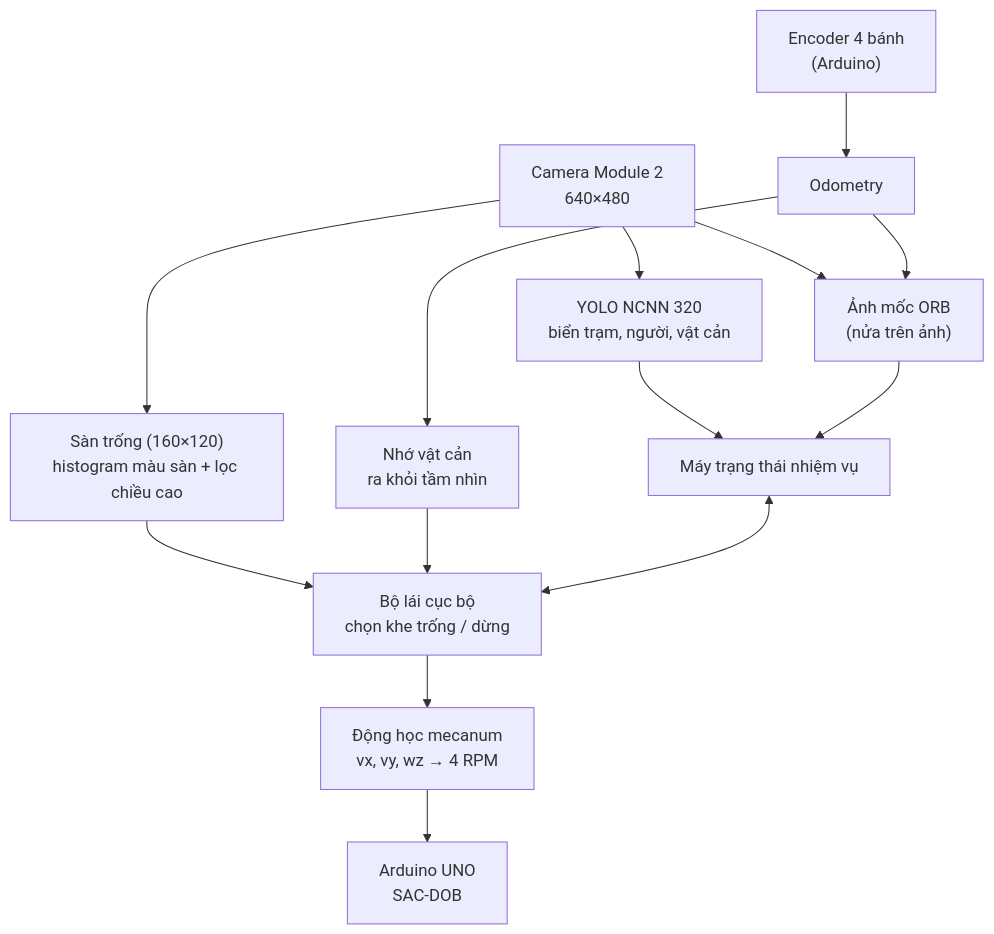
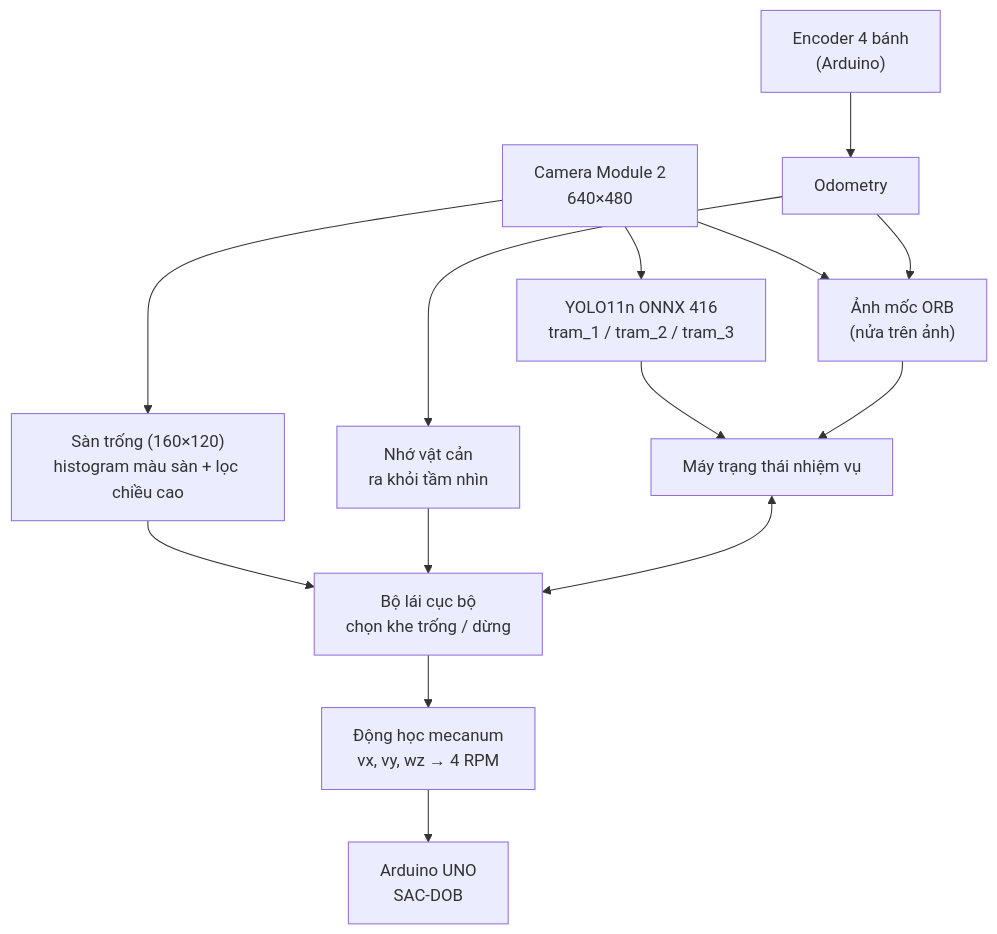
The diagram in robot_xuong_may/docs/NAVIGATION.md (mrphamdinhtruong-lgtm/trungthu), drawn with Mermaid before and after one commit. The commit also changed other lines of this file and 23 other files, not shown here.

First line of the commit message:
Khớp kế hoạch train 3 trạm ngày 1: ONNX + metadata, chia theo buổi, hướng dẫn

````diff
--- a/robot_xuong_may/docs/NAVIGATION.md
+++ b/robot_xuong_may/docs/NAVIGATION.md
@@ -12,14 +12,14 @@
 ```mermaid
 flowchart TB
-    CAM["Camera Module 2<br/>640×480"] --> YOLO["YOLO NCNN 320<br/>biển trạm, người, vật cản"]
+    CAM["Camera Module 2<br/>640×480"] --> YOLO["YOLO11n ONNX 416<br/>tram_1 / tram_2 / tram_3"]
     CAM --> FLOOR["Sàn trống (160×120)<br/>histogram màu sàn + lọc chiều cao"]
     CAM --> ORB["Ảnh mốc ORB<br/>(nửa trên ảnh)"]
     ENC["Encoder 4 bánh<br/>(Arduino)"] --> ODO["Odometry"]
     YOLO --> MIS["Máy trạng thái nhiệm vụ"]
     FLOOR --> NAV["Bộ lái cục bộ<br/>chọn khe trống / dừng"]
     ODO --> MEM["Nhớ vật cản<br/>ra khỏi tầm nhìn"] --> NAV
     ORB --> MIS
     ODO --> ORB
     MIS <--> NAV
     NAV --> KIN["Động học mecanum<br/>vx, vy, wz → 4 RPM"] --> ARD["Arduino UNO<br/>SAC-DOB"]
 ```
````
